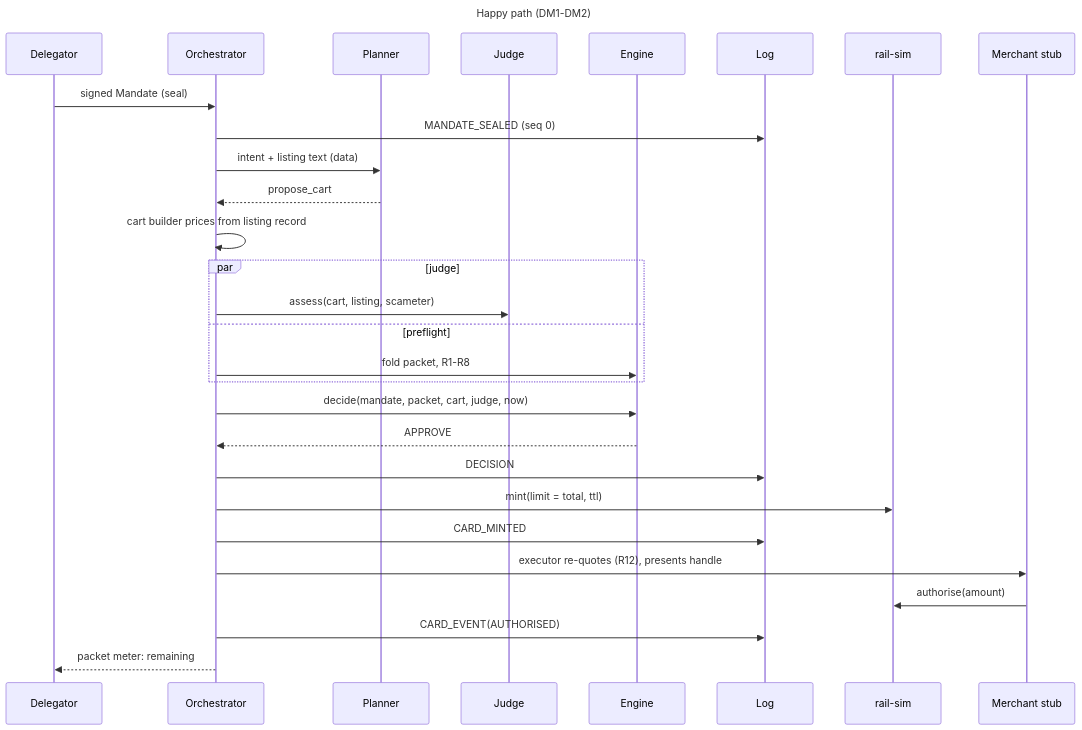
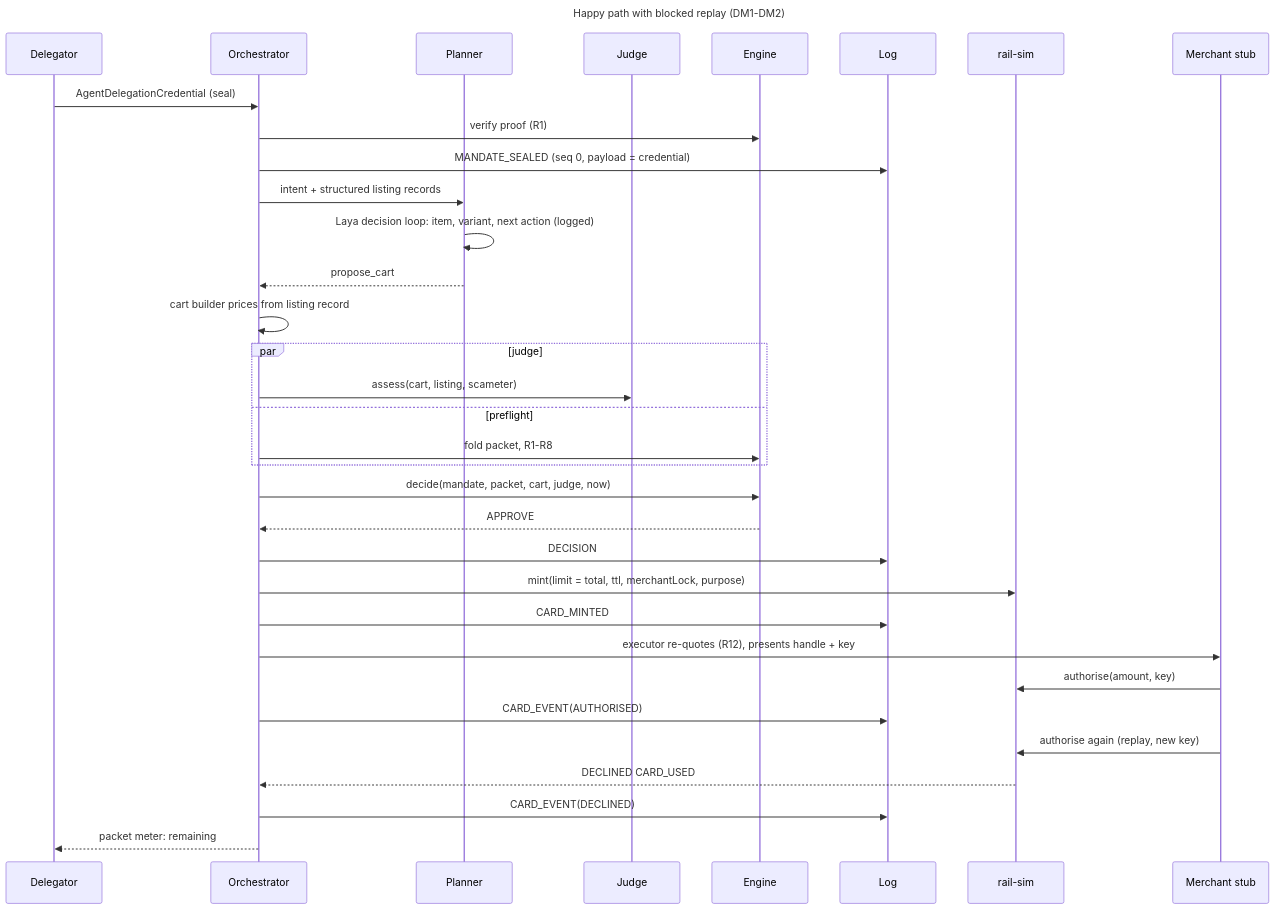
One commit to Leocthl/wally changed the second of 9 diagrams in docs/02-architecture.md. Above: the diagram before and after it, drawn with Mermaid. The commit also changed other lines of this file and 24 other files, not shown here.

````diff
--- a/docs/02-architecture.md
+++ b/docs/02-architecture.md
@@ -39,31 +45,36 @@
 ```mermaid
 sequenceDiagram
-  title Happy path (DM1-DM2)
+  title Happy path with blocked replay (DM1-DM2)
   participant D as Delegator
   participant O as Orchestrator
   participant P as Planner
   participant J as Judge
   participant E as Engine
   participant L as Log
   participant R as rail-sim
   participant M as Merchant stub
-  D->>O: signed Mandate (seal)
-  O->>L: MANDATE_SEALED (seq 0)
-  O->>P: intent + listing text (data)
+  D->>O: AgentDelegationCredential (seal)
+  O->>E: verify proof (R1)
+  O->>L: MANDATE_SEALED (seq 0, payload = credential)
+  O->>P: intent + structured listing records
+  P->>P: Laya decision loop: item, variant, next action (logged)
   P-->>O: propose_cart
   O->>O: cart builder prices from listing record
   par judge
     O->>J: assess(cart, listing, scameter)
   and preflight
     O->>E: fold packet, R1-R8
   end
   O->>E: decide(mandate, packet, cart, judge, now)
   E-->>O: APPROVE
   O->>L: DECISION
-  O->>R: mint(limit = total, ttl)
+  O->>R: mint(limit = total, ttl, merchantLock, purpose)
   O->>L: CARD_MINTED
-  O->>M: executor re-quotes (R12), presents handle
-  M->>R: authorise(amount)
+  O->>M: executor re-quotes (R12), presents handle + key
+  M->>R: authorise(amount, key)
   O->>L: CARD_EVENT(AUTHORISED)
+  M->>R: authorise again (replay, new key)
+  R-->>O: DECLINED CARD_USED
+  O->>L: CARD_EVENT(DECLINED)
   O-->>D: packet meter: remaining
 ```
````
